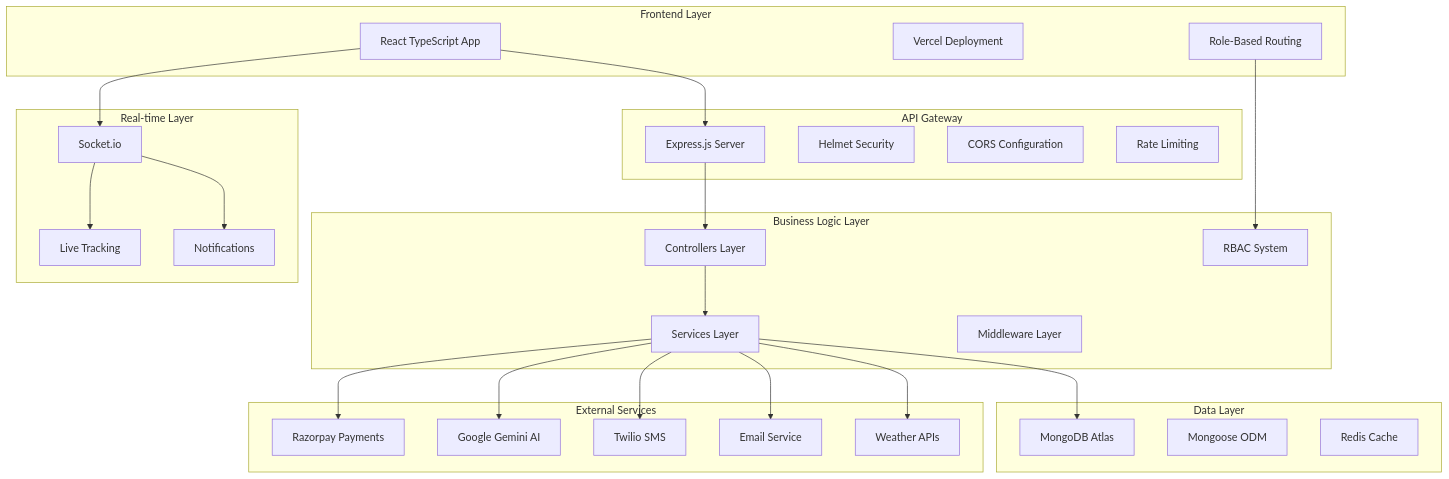
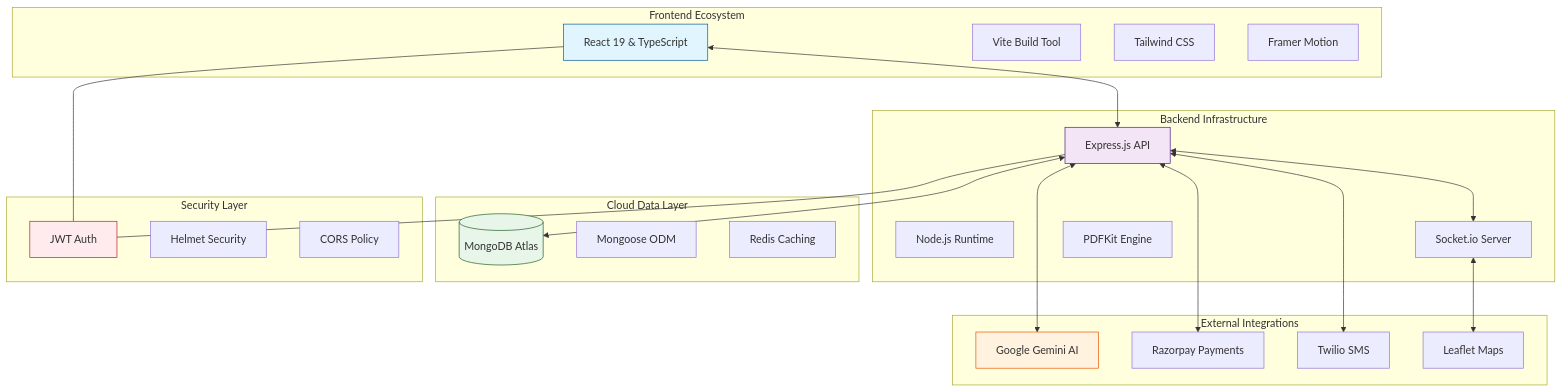
The first of 6 diagrams in COMPREHENSIVE_REPORT.md (saahil-007/JSHS_Logistics), drawn with Mermaid before and after one commit. The commit also changed other lines of this file and 21 other files, not shown here.

````diff
--- a/COMPREHENSIVE_REPORT.md
+++ b/COMPREHENSIVE_REPORT.md
@@ -13,56 +13,51 @@
 ```mermaid
 graph TB
-    subgraph "Frontend Layer"
-        A[React TypeScript App]
-        B[Vercel Deployment]
-        C[Role-Based Routing]
+    subgraph "Frontend Ecosystem"
+        A[React 19 & TypeScript]
+        B[Vite Build Tool]
+        C[Tailwind CSS]
+        D[Framer Motion]
     end
     
-    subgraph "API Gateway"
-        D[Express.js Server]
-        E[Helmet Security]
-        F[CORS Configuration]
-        G[Rate Limiting]
+    subgraph "Backend Infrastructure"
+        E[Express.js API]
+        F[Node.js Runtime]
+        G[Socket.io Server]
+        H[PDFKit Engine]
     end
     
-    subgraph "Business Logic Layer"
-        H[Controllers Layer]
-        I[Services Layer]
-        J[Middleware Layer]
-        K[RBAC System]
+    subgraph "Cloud Data Layer"
+        I[(MongoDB Atlas)]
+        J[Mongoose ODM]
+        K[Redis Caching]
     end
     
-    subgraph "Data Layer"
-        L[MongoDB Atlas]
-        M[Mongoose ODM]
-        N[Redis Cache]
+    subgraph "External Integrations"
+        L[Google Gemini AI]
+        M[Razorpay Payments]
+        N[Twilio SMS]
+        O[Leaflet Maps]
     end
     
-    subgraph "External Services"
-        O[Razorpay Payments]
-        P[Google Gemini AI]
-        Q[Twilio SMS]
-        R[Email Service]
-        S[Weather APIs]
+    subgraph "Security Layer"
+        P[JWT Auth]
+        Q[Helmet Security]
+        R[CORS Policy]
     end
     
-    subgraph "Real-time Layer"
-        T[Socket.io]
-        U[Live Tracking]
-        V[Notifications]
-    end
+    A <--> E
+    E <--> I
+    E <--> L
+    E <--> M
+    E <--> N
+    E <--> G
+    G <--> O
+    A --- P
+    E --- P
     
-    A --> D
-    C --> K
-    D --> H
-    H --> I
-    I --> L
-    I --> O
-    I --> P
-    I --> Q
-    I --> R
-    I --> S
-    T --> U
-    T --> V
-    A --> T
+    style A fill:#e1f5fe,stroke:#01579b
+    style E fill:#f3e5f5,stroke:#4a148c
+    style I fill:#e8f5e9,stroke:#1b5e20
+    style L fill:#fff3e0,stroke:#e65100
+    style P fill:#ffebee,stroke:#b71c1c
 ```
````
